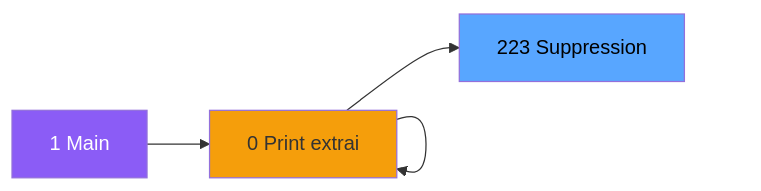
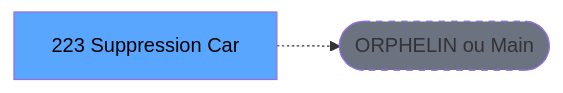
Before and after one commit to thonyAGP/lecteur-magic: the second of 3 diagrams in .openspec/renders/ADH-IDE-223.md, drawn with Mermaid. The commit also changed other lines of this file and 701 other files, not shown here.

````diff
--- a/.openspec/renders/ADH-IDE-223.md
+++ b/.openspec/renders/ADH-IDE-223.md
@@ -107,23 +117,8 @@
 ```mermaid
 graph LR
-    M[1 Main]
-    N0[0 Histo ventes]
-    N0[0 Histo ventes]
-    N0[0 Transaction ]
-    N0[0 Histo ventes]
-    N0[0 Print extrai]
-    T[223 Suppression ]
-    M --> N0
-    N0 --> N0
-    N0 --> N0
-    N0 --> N0
-    N0 --> N0
-    N0 --> T
-    style M fill:#8b5cf6,color:#fff
-    style N0 fill:#f59e0b
-    style N0 fill:#f59e0b
-    style N0 fill:#f59e0b
-    style N0 fill:#f59e0b
-    style N0 fill:#f59e0b
+    T[223 Suppression Car]
+    ORPHAN([ORPHELIN ou Main])
+    T -.-> ORPHAN
     style T fill:#58a6ff,color:#000
+    style ORPHAN fill:#6b7280,stroke-dasharray: 5 5
 ```
````
